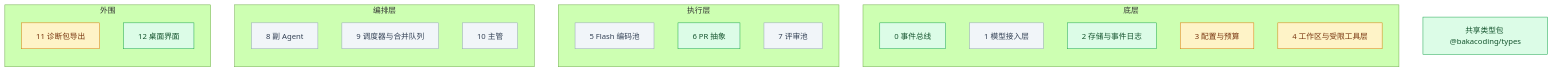
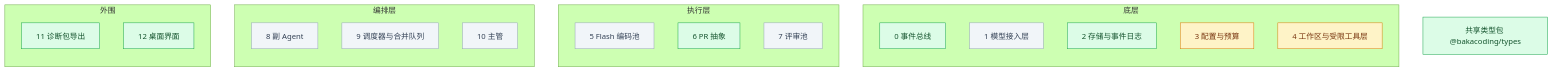
Before and after one commit to Akarin7784/BakaCoding: the diagram in docs/progress.md, drawn with Mermaid (forest theme). The commit also changed other lines of this file, not shown here.

Commit message:
docs: progress.md 更新 #24（T-024）合入记录与 main 测试数

````diff
--- a/docs/progress.md
+++ b/docs/progress.md
@@ -11,33 +11,33 @@
 ```mermaid
 flowchart BT
   subgraph 底层
     M0[0 事件总线]
     M1[1 模型接入层]
     M2[2 存储与事件日志]
     M3[3 配置与预算]
     M4[4 工作区与受限工具层]
   end
   subgraph 执行层
     M5[5 Flash 编码池]
     M6[6 PR 抽象]
     M7[7 评审池]
   end
   subgraph 编排层
     M8[8 副 Agent]
     M9[9 调度器与合并队列]
     M10[10 主管]
   end
   subgraph 外围
     M11[11 诊断包导出]
     M12[12 桌面界面]
   end
   T[共享类型包 @bakacoding/types]
 
   classDef todo fill:#f1f5f9,stroke:#94a3b8,color:#334155
   classDef doing fill:#fef3c7,stroke:#d97706,color:#78350f
   classDef done fill:#dcfce7,stroke:#16a34a,color:#14532d
 
-  class M0,M2,M6,M12,T done
-  class M3,M4,M11 doing
+  class M0,M2,M6,M11,M12,T done
+  class M3,M4 doing
   class M1,M5,M7,M8,M9,M10 todo
 ```
````
